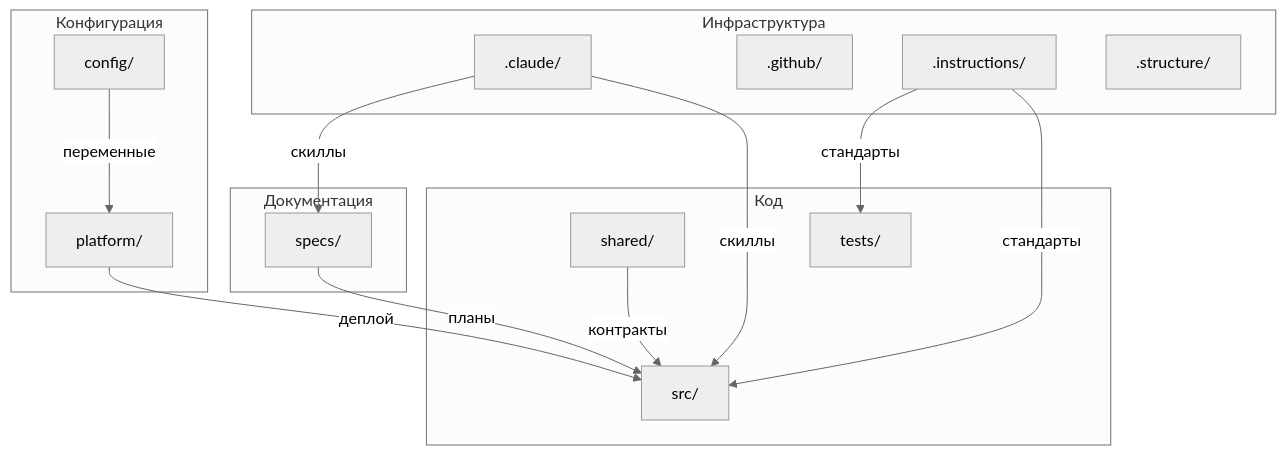
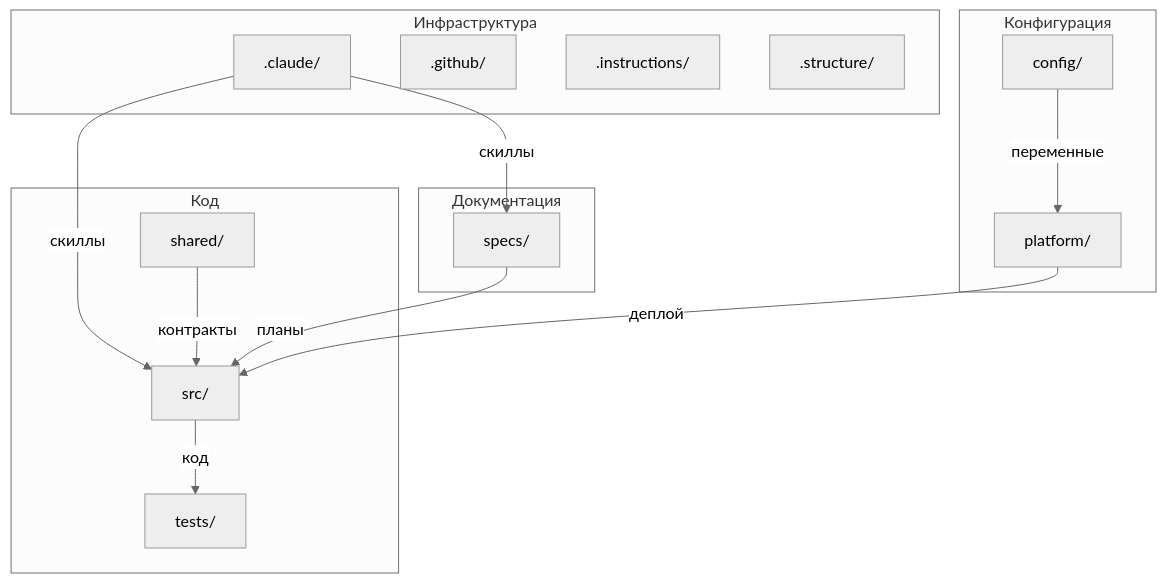
Before and after one commit to NSEvteev/FullSpec: the diagram in .structure/README.md, drawn with Mermaid (neutral theme). The commit also changed other lines of this file and 3 other files, not shown here.

````diff
--- a/.structure/README.md
+++ b/.structure/README.md
@@ -225,33 +226,32 @@
 ```mermaid
 graph TD
     subgraph "Инфраструктура"
         CLAUDE[.claude/]
         GITHUB[.github/]
         INSTRUCTIONS[.instructions/]
         STRUCTURE[.structure/]
     end
 
     subgraph "Конфигурация"
         CONFIG[config/]
         PLATFORM[platform/]
     end
 
     subgraph "Код"
         SRC[src/]
         SHARED[shared/]
         TESTS[tests/]
     end
 
     subgraph "Документация"
         SPECS[specs/]
     end
 
     CLAUDE --> |скиллы| SRC
     CLAUDE --> |скиллы| SPECS
-    INSTRUCTIONS --> |стандарты| SRC
-    INSTRUCTIONS --> |стандарты| TESTS
     SHARED --> |контракты| SRC
     SPECS --> |планы| SRC
     CONFIG --> |переменные| PLATFORM
     PLATFORM --> |деплой| SRC
+    SRC --> |код| TESTS
 ```
````
